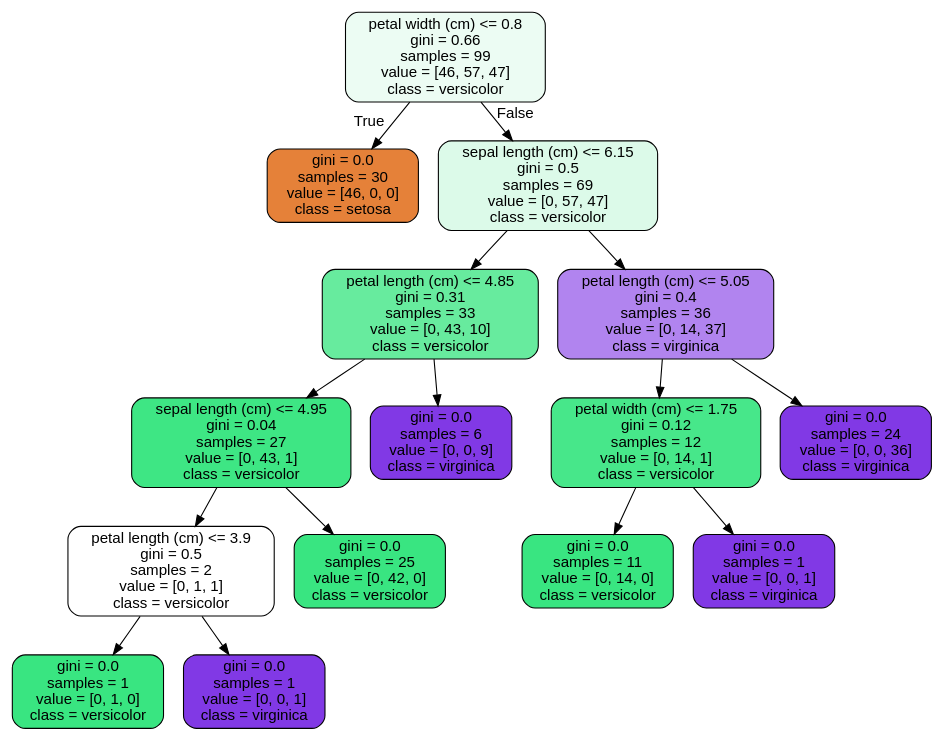
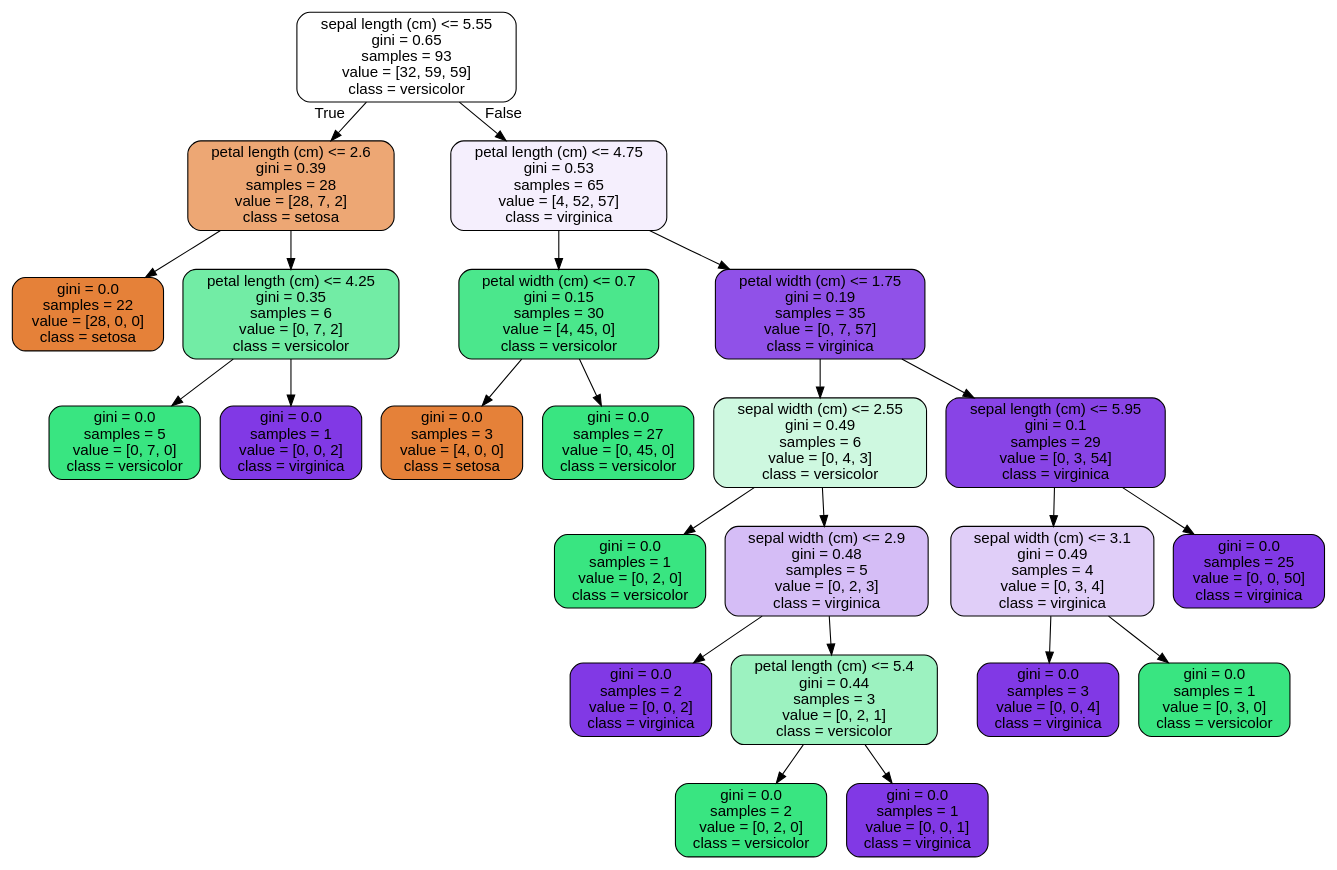
Before and after one commit to MsEM11/Random-Forest-Case-Study: the diagram in tree.dot, drawn with Graphviz. The commit also changed 2 other files, not shown here.

```diff
--- a/tree.dot
+++ b/tree.dot
@@ -1,33 +1,49 @@
 digraph Tree {
 node [shape=box, style="filled, rounded", color="black", fontname="helvetica"] ;
 edge [fontname="helvetica"] ;
-0 [label="petal width (cm) <= 0.8\ngini = 0.66\nsamples = 99\nvalue = [46, 57, 47]\nclass = versicolor", fillcolor="#ecfcf3"] ;
-1 [label="gini = 0.0\nsamples = 30\nvalue = [46, 0, 0]\nclass = setosa", fillcolor="#e58139"] ;
+0 [label="sepal length (cm) <= 5.55\ngini = 0.65\nsamples = 93\nvalue = [32, 59, 59]\nclass = versicolor", fillcolor="#ffffff"] ;
+1 [label="petal length (cm) <= 2.6\ngini = 0.39\nsamples = 28\nvalue = [28, 7, 2]\nclass = setosa", fillcolor="#eda774"] ;
 0 -> 1 [labeldistance=2.5, labelangle=45, headlabel="True"] ;
-2 [label="sepal length (cm) <= 6.15\ngini = 0.5\nsamples = 69\nvalue = [0, 57, 47]\nclass = versicolor", fillcolor="#dcfae9"] ;
-0 -> 2 [labeldistance=2.5, labelangle=-45, headlabel="False"] ;
-3 [label="petal length (cm) <= 4.85\ngini = 0.31\nsamples = 33\nvalue = [0, 43, 10]\nclass = versicolor", fillcolor="#67eb9e"] ;
-2 -> 3 ;
-4 [label="sepal length (cm) <= 4.95\ngini = 0.04\nsamples = 27\nvalue = [0, 43, 1]\nclass = versicolor", fillcolor="#3ee684"] ;
+2 [label="gini = 0.0\nsamples = 22\nvalue = [28, 0, 0]\nclass = setosa", fillcolor="#e58139"] ;
+1 -> 2 ;
+3 [label="petal length (cm) <= 4.25\ngini = 0.35\nsamples = 6\nvalue = [0, 7, 2]\nclass = versicolor", fillcolor="#72eca5"] ;
+1 -> 3 ;
+4 [label="gini = 0.0\nsamples = 5\nvalue = [0, 7, 0]\nclass = versicolor", fillcolor="#39e581"] ;
 3 -> 4 ;
-5 [label="petal length (cm) <= 3.9\ngini = 0.5\nsamples = 2\nvalue = [0, 1, 1]\nclass = versicolor", fillcolor="#ffffff"] ;
-4 -> 5 ;
-6 [label="gini = 0.0\nsamples = 1\nvalue = [0, 1, 0]\nclass = versicolor", fillcolor="#39e581"] ;
-5 -> 6 ;
-7 [label="gini = 0.0\nsamples = 1\nvalue = [0, 0, 1]\nclass = virginica", fillcolor="#8139e5"] ;
-5 -> 7 ;
-8 [label="gini = 0.0\nsamples = 25\nvalue = [0, 42, 0]\nclass = versicolor", fillcolor="#39e581"] ;
-4 -> 8 ;
-9 [label="gini = 0.0\nsamples = 6\nvalue = [0, 0, 9]\nclass = virginica", fillcolor="#8139e5"] ;
-3 -> 9 ;
-10 [label="petal length (cm) <= 5.05\ngini = 0.4\nsamples = 36\nvalue = [0, 14, 37]\nclass = virginica", fillcolor="#b184ef"] ;
-2 -> 10 ;
-11 [label="petal width (cm) <= 1.75\ngini = 0.12\nsamples = 12\nvalue = [0, 14, 1]\nclass = versicolor", fillcolor="#47e78a"] ;
+5 [label="gini = 0.0\nsamples = 1\nvalue = [0, 0, 2]\nclass = virginica", fillcolor="#8139e5"] ;
+3 -> 5 ;
+6 [label="petal length (cm) <= 4.75\ngini = 0.53\nsamples = 65\nvalue = [4, 52, 57]\nclass = virginica", fillcolor="#f5effd"] ;
+0 -> 6 [labeldistance=2.5, labelangle=-45, headlabel="False"] ;
+7 [label="petal width (cm) <= 0.7\ngini = 0.15\nsamples = 30\nvalue = [4, 45, 0]\nclass = versicolor", fillcolor="#4be78c"] ;
+6 -> 7 ;
+8 [label="gini = 0.0\nsamples = 3\nvalue = [4, 0, 0]\nclass = setosa", fillcolor="#e58139"] ;
+7 -> 8 ;
+9 [label="gini = 0.0\nsamples = 27\nvalue = [0, 45, 0]\nclass = versicolor", fillcolor="#39e581"] ;
+7 -> 9 ;
+10 [label="petal width (cm) <= 1.75\ngini = 0.19\nsamples = 35\nvalue = [0, 7, 57]\nclass = virginica", fillcolor="#9051e8"] ;
+6 -> 10 ;
+11 [label="sepal width (cm) <= 2.55\ngini = 0.49\nsamples = 6\nvalue = [0, 4, 3]\nclass = versicolor", fillcolor="#cef8e0"] ;
 10 -> 11 ;
-12 [label="gini = 0.0\nsamples = 11\nvalue = [0, 14, 0]\nclass = versicolor", fillcolor="#39e581"] ;
+12 [label="gini = 0.0\nsamples = 1\nvalue = [0, 2, 0]\nclass = versicolor", fillcolor="#39e581"] ;
 11 -> 12 ;
-13 [label="gini = 0.0\nsamples = 1\nvalue = [0, 0, 1]\nclass = virginica", fillcolor="#8139e5"] ;
+13 [label="sepal width (cm) <= 2.9\ngini = 0.48\nsamples = 5\nvalue = [0, 2, 3]\nclass = virginica", fillcolor="#d5bdf6"] ;
 11 -> 13 ;
-14 [label="gini = 0.0\nsamples = 24\nvalue = [0, 0, 36]\nclass = virginica", fillcolor="#8139e5"] ;
-10 -> 14 ;
+14 [label="gini = 0.0\nsamples = 2\nvalue = [0, 0, 2]\nclass = virginica", fillcolor="#8139e5"] ;
+13 -> 14 ;
+15 [label="petal length (cm) <= 5.4\ngini = 0.44\nsamples = 3\nvalue = [0, 2, 1]\nclass = versicolor", fillcolor="#9cf2c0"] ;
+13 -> 15 ;
+16 [label="gini = 0.0\nsamples = 2\nvalue = [0, 2, 0]\nclass = versicolor", fillcolor="#39e581"] ;
+15 -> 16 ;
+17 [label="gini = 0.0\nsamples = 1\nvalue = [0, 0, 1]\nclass = virginica", fillcolor="#8139e5"] ;
+15 -> 17 ;
+18 [label="sepal length (cm) <= 5.95\ngini = 0.1\nsamples = 29\nvalue = [0, 3, 54]\nclass = virginica", fillcolor="#8844e6"] ;
+10 -> 18 ;
+19 [label="sepal width (cm) <= 3.1\ngini = 0.49\nsamples = 4\nvalue = [0, 3, 4]\nclass = virginica", fillcolor="#e0cef8"] ;
+18 -> 19 ;
+20 [label="gini = 0.0\nsamples = 3\nvalue = [0, 0, 4]\nclass = virginica", fillcolor="#8139e5"] ;
+19 -> 20 ;
+21 [label="gini = 0.0\nsamples = 1\nvalue = [0, 3, 0]\nclass = versicolor", fillcolor="#39e581"] ;
+19 -> 21 ;
+22 [label="gini = 0.0\nsamples = 25\nvalue = [0, 0, 50]\nclass = virginica", fillcolor="#8139e5"] ;
+18 -> 22 ;
 }
```
